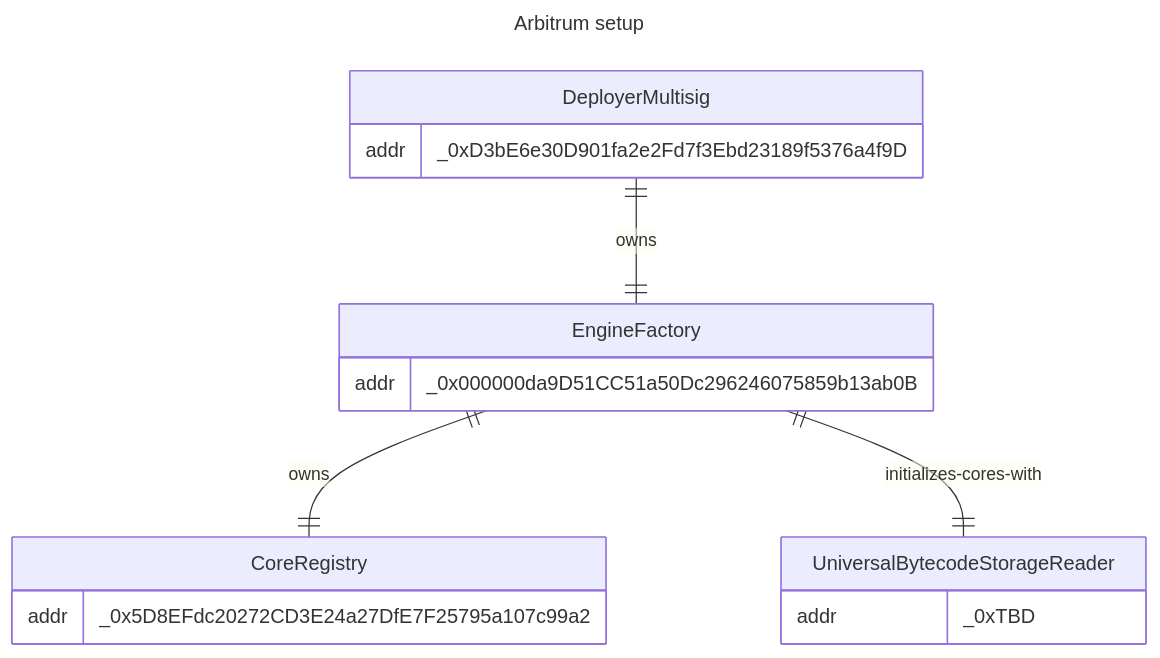
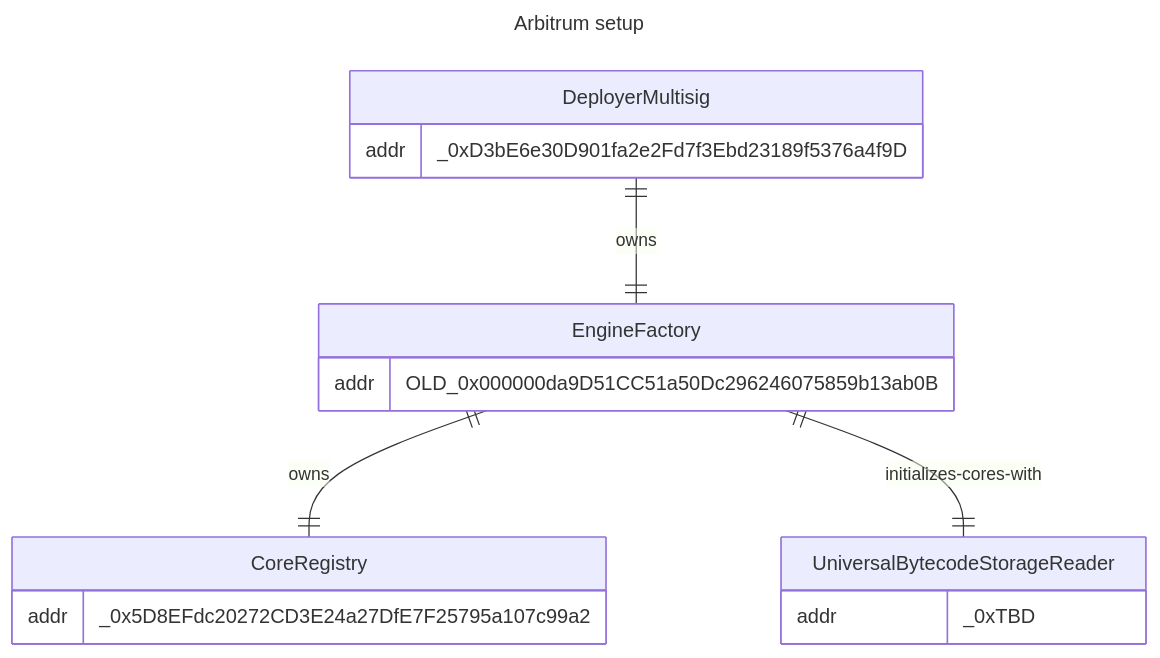
One commit to void-smith660/artblocks-contracts changed the second of 4 diagrams in packages/contracts/INFRASTRUCTURE.md. Above: the diagram before and after it, drawn with Mermaid. The commit also changed other lines of this file, not shown here.

````diff
--- a/packages/contracts/INFRASTRUCTURE.md
+++ b/packages/contracts/INFRASTRUCTURE.md
@@ -52,21 +52,21 @@
 ```mermaid
 ---
 title: Arbitrum setup
 ---
 erDiagram
     DeployerMultisig ||--|| EngineFactory : owns
     EngineFactory ||--|| CoreRegistry : owns
     EngineFactory ||--|| UniversalBytecodeStorageReader : initializes-cores-with
     DeployerMultisig {
         addr _0xD3bE6e30D901fa2e2Fd7f3Ebd23189f5376a4f9D
     }
     EngineFactory {
-        addr _0x000000da9D51CC51a50Dc296246075859b13ab0B
+        addr OLD_0x000000da9D51CC51a50Dc296246075859b13ab0B
     }
     CoreRegistry {
         addr _0x5D8EFdc20272CD3E24a27DfE7F25795a107c99a2
     }
     UniversalBytecodeStorageReader {
         addr _0xTBD
     }
 ```
````
